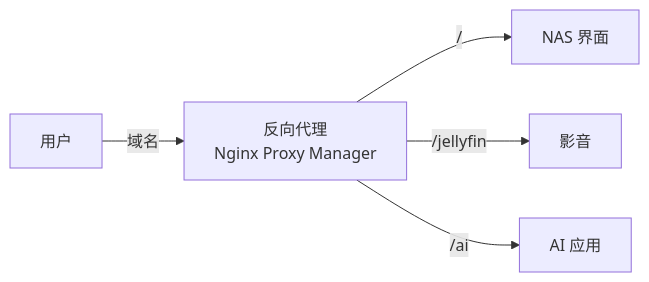
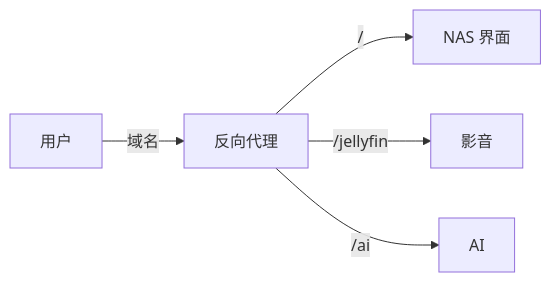
The diagram in docs/06-网络与远程访问/6.3-反向代理与域名.md (cv-superding/nas-guide), drawn with Mermaid before and after one commit. The commit also changed other lines of this file and 3 other files, not shown here.

````diff
--- a/docs/06-网络与远程访问/6.3-反向代理与域名.md
+++ b/docs/06-网络与远程访问/6.3-反向代理与域名.md
@@ -25,7 +21,7 @@
 ```mermaid
 flowchart LR
-    User[用户] -->|域名| Proxy[反向代理<br/>Nginx Proxy Manager]
-    Proxy -->|/ | NAS[NAS 界面]
-    Proxy -->|/jellyfin| Jellyfin[影音]
-    Proxy -->|/ai| AI[AI 应用]
+    U[用户] -->|域名| P[反向代理]
+    P -->|/| N[NAS 界面]
+    P -->|/jellyfin| J[影音]
+    P -->|/ai| A[AI]
 ```
````
